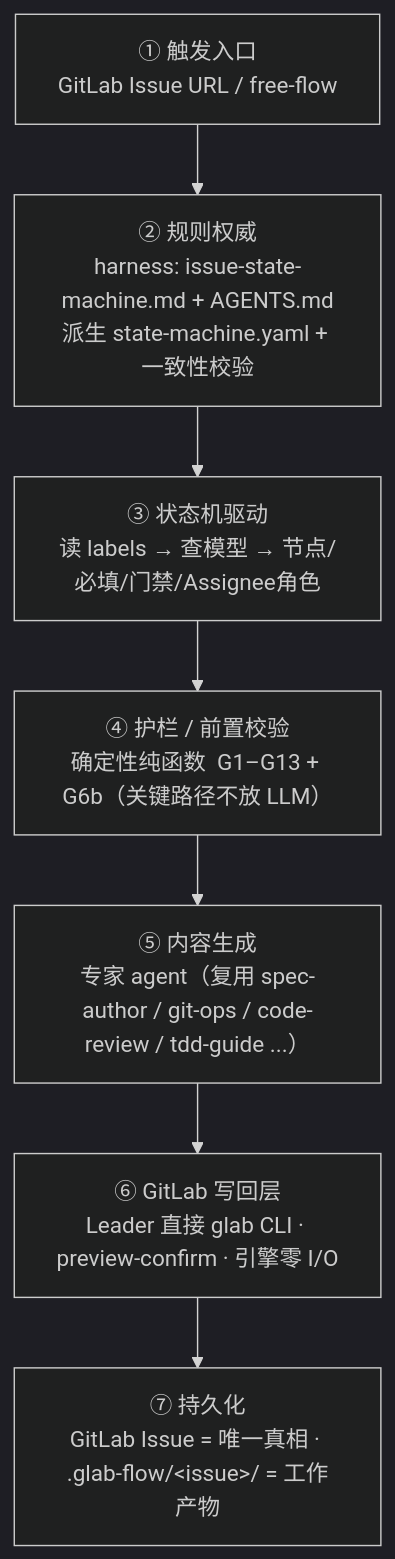
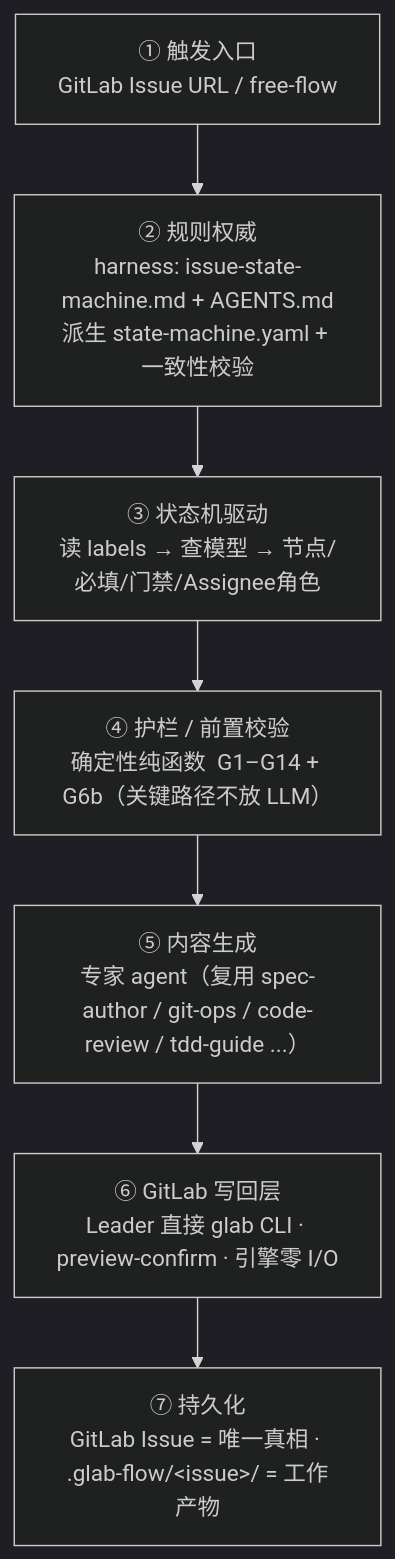
The third of 3 diagrams in docs/flow.md (jinx911/glab-flow), drawn with Mermaid (dark theme) before and after one commit. The commit also changed other lines of this file and 8 other files, not shown here.

````diff
--- a/docs/flow.md
+++ b/docs/flow.md
@@ -74,10 +74,10 @@
 ```mermaid
 flowchart TD
     L1["① 触发入口<br/>GitLab Issue URL / free-flow"] --> L2
     L2["② 规则权威<br/>harness: issue-state-machine.md + AGENTS.md<br/>派生 state-machine.yaml + 一致性校验"] --> L3
     L3["③ 状态机驱动<br/>读 labels → 查模型 → 节点/必填/门禁/Assignee角色"] --> L4
-    L4["④ 护栏 / 前置校验<br/>确定性纯函数  G1–G13 + G6b（关键路径不放 LLM）"] --> L5
+    L4["④ 护栏 / 前置校验<br/>确定性纯函数  G1–G14 + G6b（关键路径不放 LLM）"] --> L5
     L5["⑤ 内容生成<br/>专家 agent（复用 spec-author / git-ops / code-review / tdd-guide ...）"] --> L6
     L6["⑥ GitLab 写回层<br/>Leader 直接 glab CLI · preview-confirm · 引擎零 I/O"] --> L7
     L7["⑦ 持久化<br/>GitLab Issue = 唯一真相 · .glab-flow/&lt;issue&gt;/ = 工作产物"]
 ```
````
